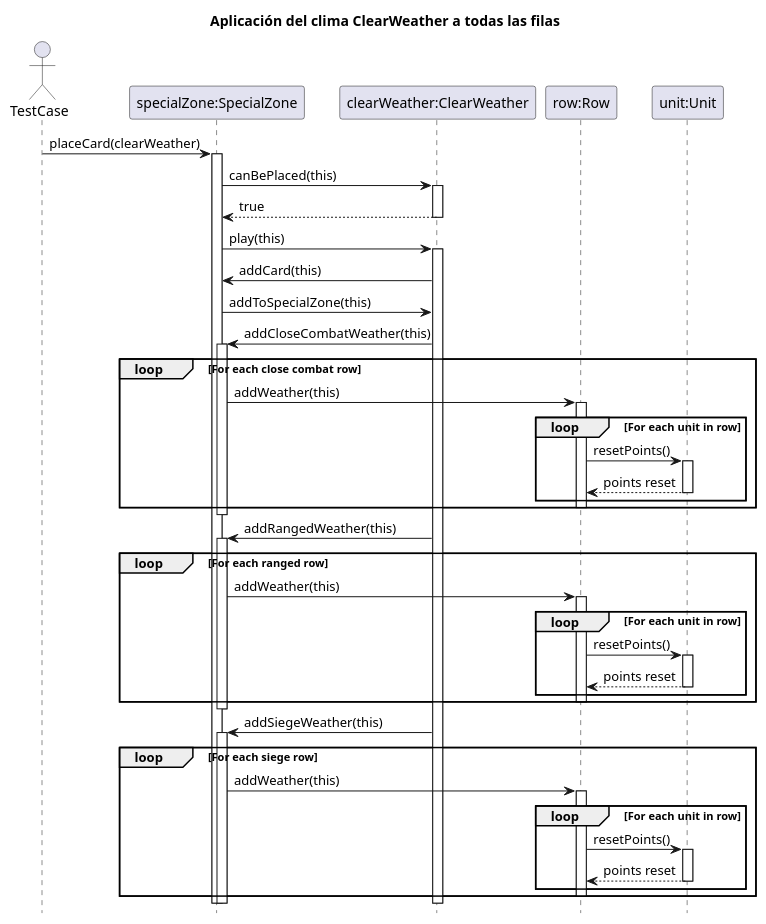
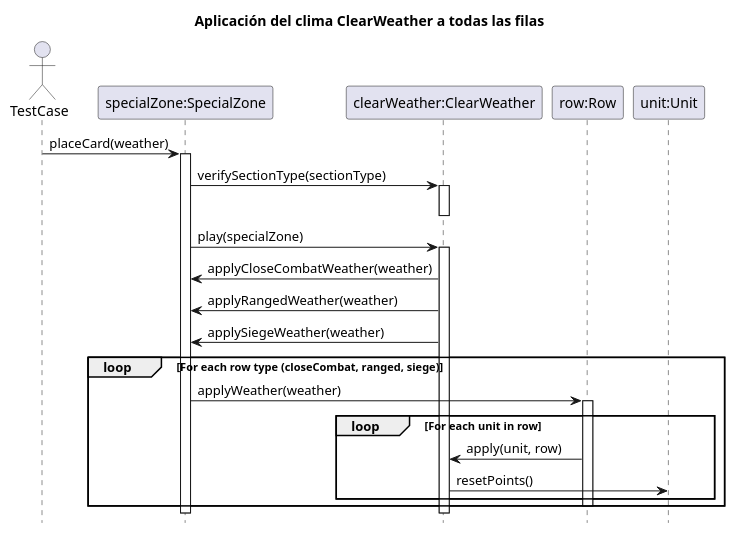
Before and after one commit to Yonhir/algo3_proyecto_base_tp2: the diagram in diagrams/sequences/AplicarClearWeather.plantuml, drawn with PlantUML. The commit also changed 45 other files, not shown here.

Commit message:
Issue-25 - Profe Request: Crear SectionType. Añadirlo en Card, Row and SpeciaZone. (#37)

```diff
--- a/diagrams/sequences/AplicarClearWeather.plantuml
+++ b/diagrams/sequences/AplicarClearWeather.plantuml
@@ -1,88 +1,35 @@
 @startuml
 
 hide footbox
 title Aplicación del clima ClearWeather a todas las filas
 
 actor TestCase
 
-participant "specialZone:SpecialZone" as SpecialZone
-participant "clearWeather:ClearWeather" as Weather
-participant "row:Row" as Row
-participant "unit:Unit" as Unit
+participant "specialZone:SpecialZone" as specialZone
+participant "clearWeather:ClearWeather" as weather
+participant "row:Row" as row
+participant "unit:Unit" as unit
 
-TestCase -> SpecialZone: placeCard(clearWeather)
-activate SpecialZone
+TestCase -> specialZone: placeCard(weather)
+    activate specialZone
+    specialZone -> weather: verifySectionType(sectionType)
+        activate weather
+        deactivate weather
+    specialZone -> weather: play(specialZone)
+        activate weather
+        weather -> specialZone: applyCloseCombatWeather(weather)
+        weather -> specialZone: applyRangedWeather(weather)
+        weather -> specialZone: applySiegeWeather(weather)
+        loop For each row type (closeCombat, ranged, siege)
+            specialZone -> row: applyWeather(weather)
+                activate row
+                loop For each unit in row
+                    row -> weather: apply(unit, row)
+                        weather -> unit: resetPoints()
+                end
+                deactivate row
+        end
+        deactivate weather
+    deactivate specialZone
 
-SpecialZone -> Weather: canBePlaced(this)
-activate Weather
-Weather --> SpecialZone: true
-deactivate Weather
-
-SpecialZone -> Weather: play(this)
-activate Weather
-
-Weather -> SpecialZone: addCard(this)
-
-SpecialZone -> Weather: addToSpecialZone(this)
-
-Weather -> SpecialZone: addCloseCombatWeather(this)
-activate SpecialZone
-
-loop For each close combat row
-    SpecialZone -> Row: addWeather(this)
-    activate Row
-    
-    loop For each unit in row
-        Row -> Unit: resetPoints()
-        activate Unit
-        Unit --> Row: points reset
-        deactivate Unit
-    end
-    
-    deactivate Row
-end
-
-deactivate SpecialZone
-
-Weather -> SpecialZone: addRangedWeather(this)
-activate SpecialZone
-
-loop For each ranged row
-    SpecialZone -> Row: addWeather(this)
-    activate Row
-    
-    loop For each unit in row
-        Row -> Unit: resetPoints()
-        activate Unit
-        Unit --> Row: points reset
-        deactivate Unit
-    end
-    
-    deactivate Row
-end
-
-deactivate SpecialZone
-
-Weather -> SpecialZone: addSiegeWeather(this)
-activate SpecialZone
-
-loop For each siege row
-    SpecialZone -> Row: addWeather(this)
-    activate Row
-    
-    loop For each unit in row
-        Row -> Unit: resetPoints()
-        activate Unit
-        Unit --> Row: points reset
-        deactivate Unit
-    end
-    
-    deactivate Row
-end
-
-deactivate SpecialZone
-
-deactivate Weather
-deactivate SpecialZone
-
-@enduml 
+@enduml
```
